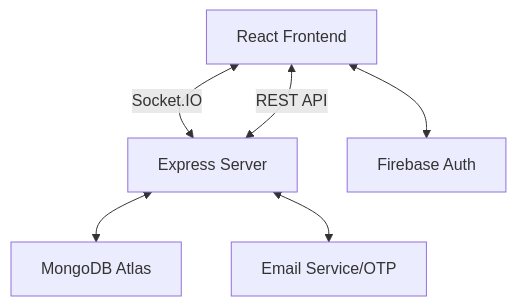
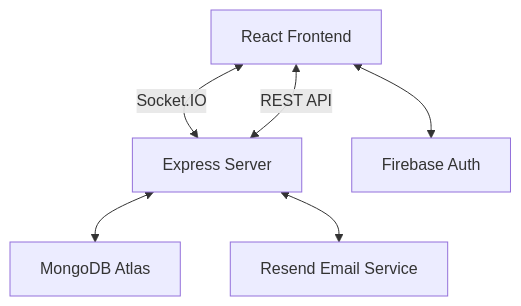
One commit to rohanz2003/Connect-it changed the diagram in README.md. Above: the diagram before and after it, drawn with Mermaid. The commit also changed other lines of this file and 10 other files, not shown here.

````diff
--- a/README.md
+++ b/README.md
@@ -63,8 +63,8 @@
 ```mermaid
 graph TD
     A[React Frontend] <-->|Socket.IO| B[Express Server]
     A <-->|REST API| B
     B <--> C[MongoDB Atlas]
     A <--> D[Firebase Auth]
-    B <--> E[Email Service/OTP]
+    B <--> E[Resend Email Service]
 ```
````
